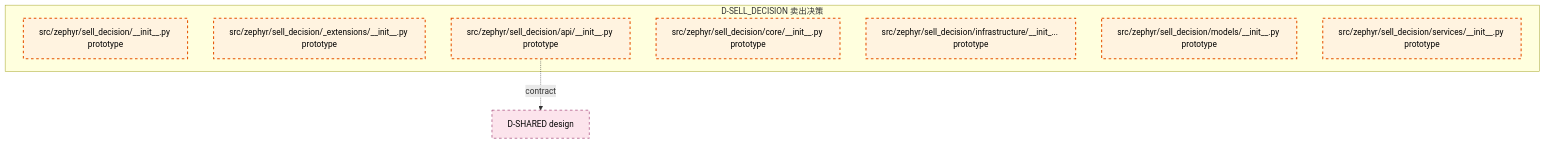
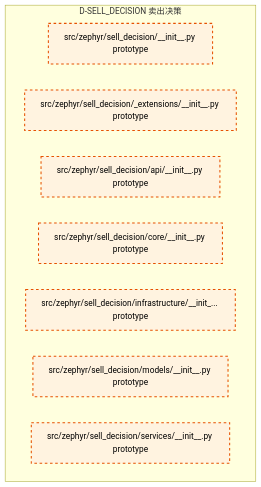
Before and after one commit to xuanFelixVan/ZephyrAlpha: the diagram in docs/02_enterprise_architecture/02_domain_architecture_docs/48_d_sell_decision.md, drawn with Mermaid. The commit also changed other lines of this file and 4786 other files, not shown here.

````diff
--- a/docs/02_enterprise_architecture/02_domain_architecture_docs/48_d_sell_decision.md
+++ b/docs/02_enterprise_architecture/02_domain_architecture_docs/48_d_sell_decision.md
@@ -61,20 +61,17 @@
 ```mermaid
 graph TD
     subgraph D_SELL_DECISION["D-SELL_DECISION 卖出决策"]
         src_zephyr_sell_decision_init_py["src/zephyr/sell_decision/__init__.py prototype"]
         src_zephyr_sell_decision_extensions_init_py["src/zephyr/sell_decision/_extensions/__init__.py prototype"]
         src_zephyr_sell_decision_api_init_py["src/zephyr/sell_decision/api/__init__.py prototype"]
         src_zephyr_sell_decision_core_init_py["src/zephyr/sell_decision/core/__init__.py prototype"]
         src_zephyr_sell_decision_infrastructure_init_py["src/zephyr/sell_decision/infrastructure/__init_... prototype"]
         src_zephyr_sell_decision_models_init_py["src/zephyr/sell_decision/models/__init__.py prototype"]
         src_zephyr_sell_decision_services_init_py["src/zephyr/sell_decision/services/__init__.py prototype"]
     end
-    D_SHARED["D-SHARED design"]
-    src_zephyr_sell_decision_api_init_py -.->|contract| D_SHARED
     classDef production fill:#e1f5fe,stroke:#01579b,stroke-width:2px,color:#000
     classDef design fill:#fff3e0,stroke:#e65100,stroke-width:2px,color:#000,stroke-dasharray: 5 5
     classDef external_prod fill:#e8f5e9,stroke:#1b5e20,stroke-width:1px,color:#000
     classDef external_design fill:#fce4ec,stroke:#880e4f,stroke-width:1px,color:#000,stroke-dasharray: 5 5
     class src_zephyr_sell_decision_init_py,src_zephyr_sell_decision_extensions_init_py,src_zephyr_sell_decision_api_init_py,src_zephyr_sell_decision_core_init_py,src_zephyr_sell_decision_infrastructure_init_py,src_zephyr_sell_decision_models_init_py,src_zephyr_sell_decision_services_init_py design
-    class D_SHARED external_design
 ```
````
